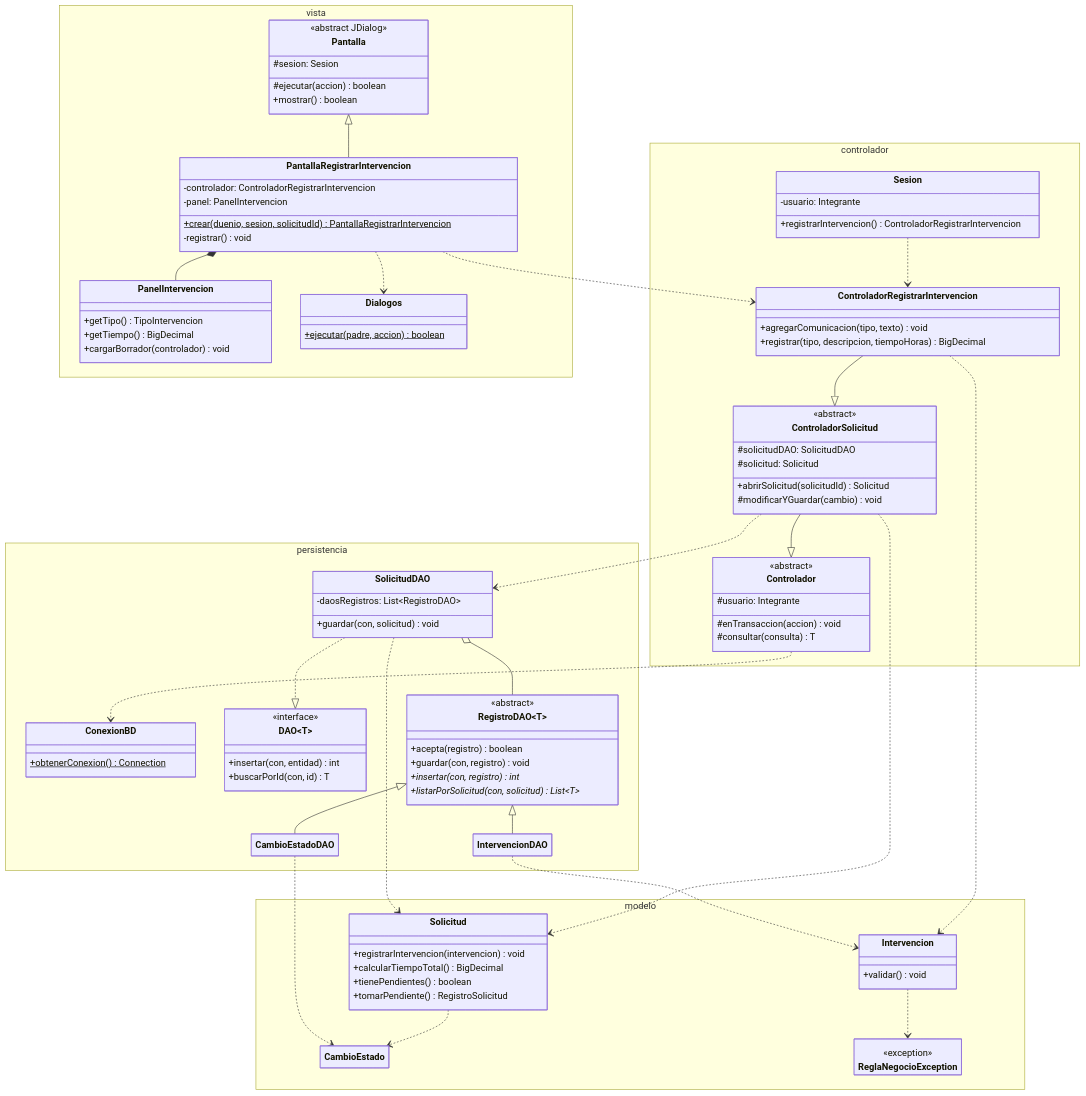
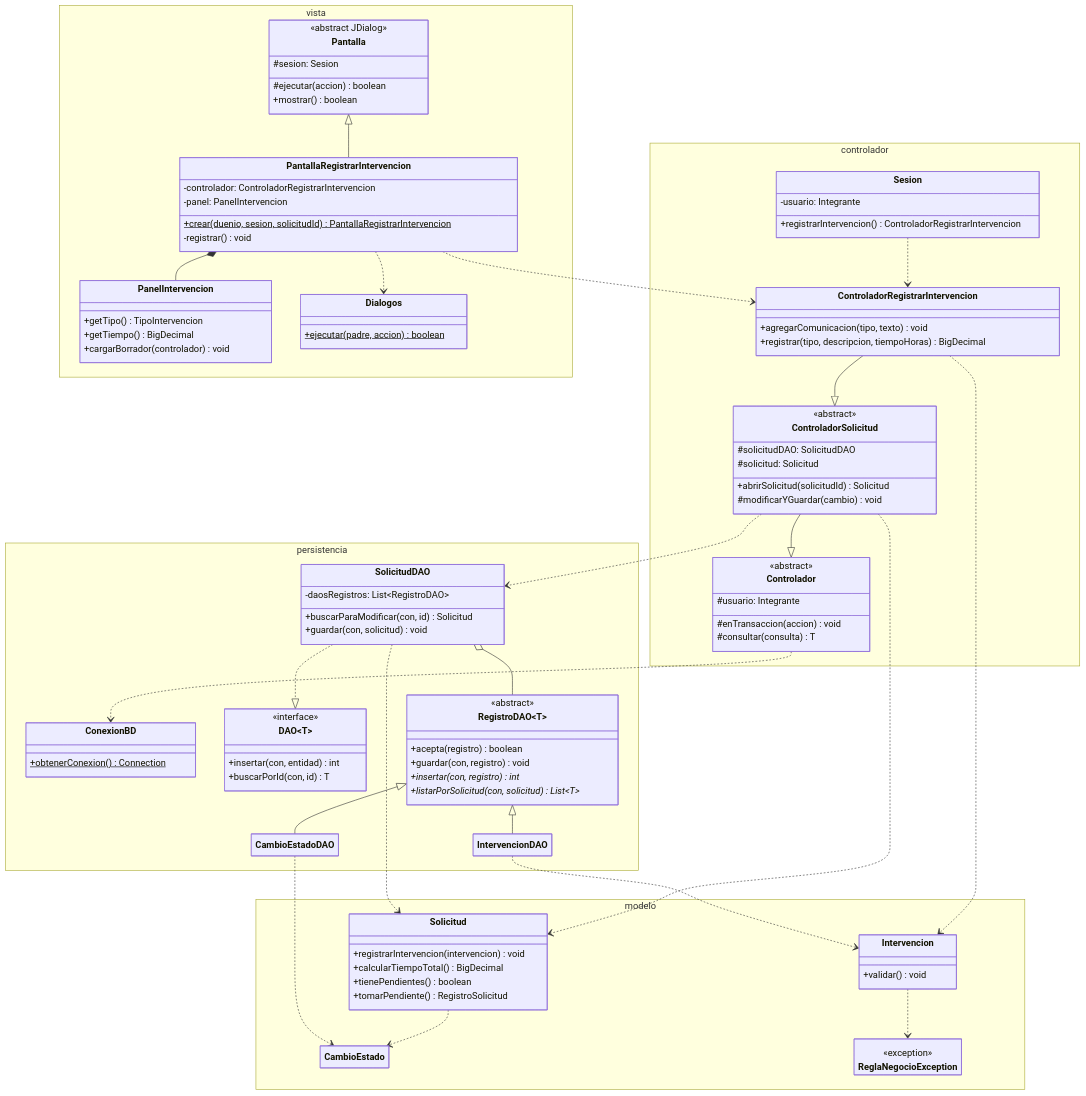
One commit to jvillegas88/sistema-gestion-soporte changed the diagram in diagramas/10-capas-mvc.mmd. Above: the diagram before and after it, drawn with Mermaid. The commit also changed 7 other files, not shown here.

First line of the commit message:
Cambios sobre la solicitud con la fila bloqueada

```diff
--- a/diagramas/10-capas-mvc.mmd
+++ b/diagramas/10-capas-mvc.mmd
@@ -1,112 +1,113 @@
 ---
 config:
   class:
     padding: 7
     hideEmptyMembersBox: true
   themeCSS: ".nodeLabel, .nodeLabel p, .label foreignObject div { line-height: 1.15 !important; }"
 ---
 classDiagram
     direction TB
     namespace vista {
         class Pantalla {
             <<abstract JDialog>>
             #sesion: Sesion
             #ejecutar(accion) boolean
             +mostrar() boolean
         }
         class PantallaRegistrarIntervencion {
             -controlador: ControladorRegistrarIntervencion
             -panel: PanelIntervencion
             +crear(duenio, sesion, solicitudId)$ PantallaRegistrarIntervencion
             -registrar() void
         }
         class PanelIntervencion {
             +getTipo() TipoIntervencion
             +getTiempo() BigDecimal
             +cargarBorrador(controlador) void
         }
         class Dialogos {
             +ejecutar(padre, accion)$ boolean
         }
     }
     namespace controlador {
         class Sesion {
             -usuario: Integrante
             +registrarIntervencion() ControladorRegistrarIntervencion
         }
         class Controlador {
             <<abstract>>
             #usuario: Integrante
             #enTransaccion(accion) void
             #consultar(consulta) T
         }
         class ControladorSolicitud {
             <<abstract>>
             #solicitudDAO: SolicitudDAO
             #solicitud: Solicitud
             +abrirSolicitud(solicitudId) Solicitud
             #modificarYGuardar(cambio) void
         }
         class ControladorRegistrarIntervencion {
             +agregarComunicacion(tipo, texto) void
             +registrar(tipo, descripcion, tiempoHoras) BigDecimal
         }
     }
     namespace modelo {
         class Solicitud {
             +registrarIntervencion(intervencion) void
             +calcularTiempoTotal() BigDecimal
             +tienePendientes() boolean
             +tomarPendiente() RegistroSolicitud
         }
         class Intervencion {
             +validar() void
         }
         class CambioEstado
         class ReglaNegocioException {
             <<exception>>
         }
     }
     namespace persistencia {
         class ConexionBD {
             +obtenerConexion()$ Connection
         }
         class DAO~T~ {
             <<interface>>
             +insertar(con, entidad) int
             +buscarPorId(con, id) T
         }
         class SolicitudDAO {
             -daosRegistros: List~RegistroDAO~
+            +buscarParaModificar(con, id) Solicitud
             +guardar(con, solicitud) void
         }
         class RegistroDAO~T~ {
             <<abstract>>
             +acepta(registro) boolean
             +guardar(con, registro) void
             +insertar(con, registro)* int
             +listarPorSolicitud(con, solicitud)* List~T~
         }
         class IntervencionDAO
         class CambioEstadoDAO
     }
     Pantalla <|-- PantallaRegistrarIntervencion
     PantallaRegistrarIntervencion *-- PanelIntervencion
     PantallaRegistrarIntervencion ..> Dialogos
     PantallaRegistrarIntervencion ..> ControladorRegistrarIntervencion
     Sesion ..> ControladorRegistrarIntervencion
     ControladorSolicitud --|> Controlador
     ControladorRegistrarIntervencion --|> ControladorSolicitud
     Controlador ..> ConexionBD
     ControladorSolicitud ..> SolicitudDAO
     ControladorSolicitud ..> Solicitud
     ControladorRegistrarIntervencion ..> Intervencion
     Solicitud ..> CambioEstado
     Intervencion ..> ReglaNegocioException
     SolicitudDAO ..|> DAO
     SolicitudDAO o-- RegistroDAO
     RegistroDAO <|-- IntervencionDAO
     RegistroDAO <|-- CambioEstadoDAO
     SolicitudDAO ..> Solicitud
     IntervencionDAO ..> Intervencion
     CambioEstadoDAO ..> CambioEstado
```
